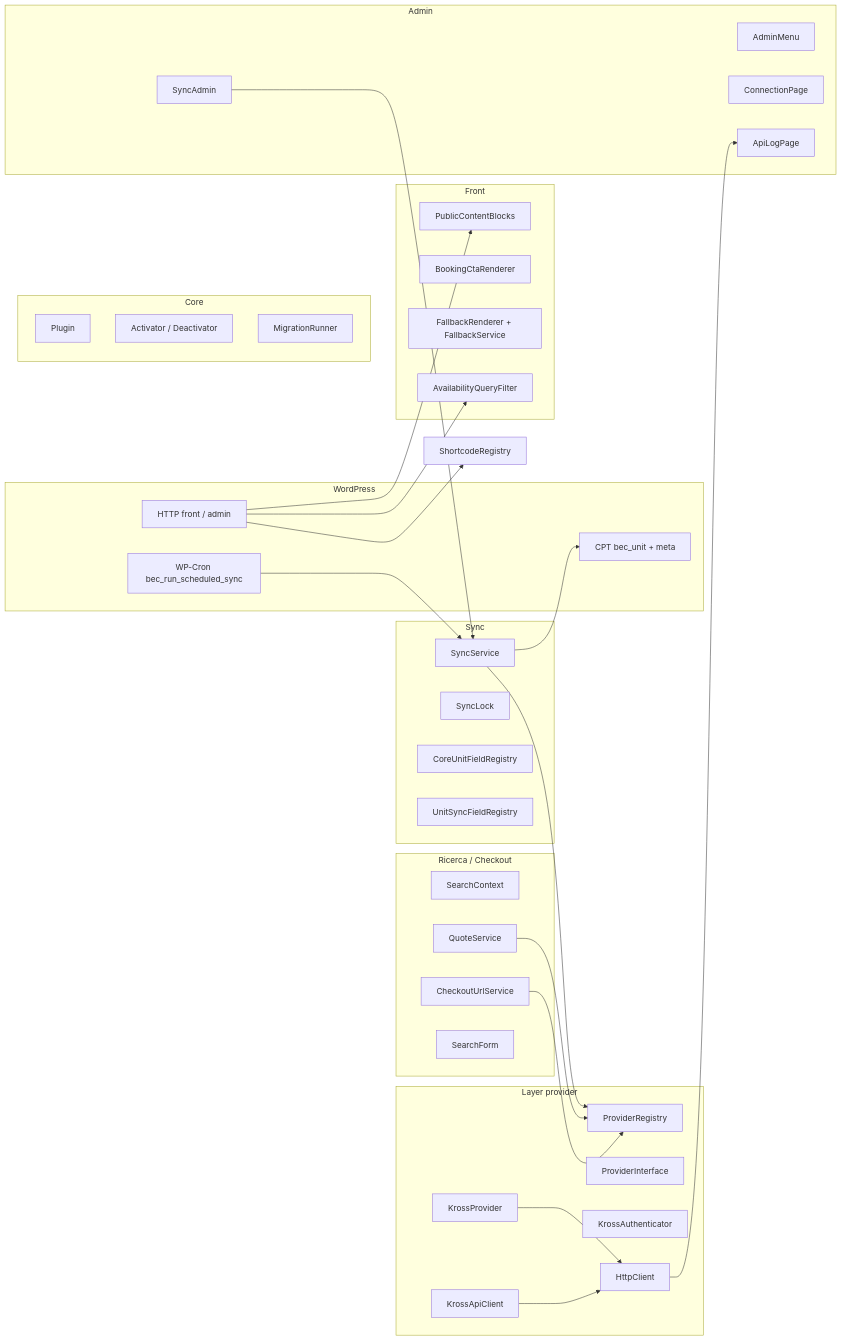
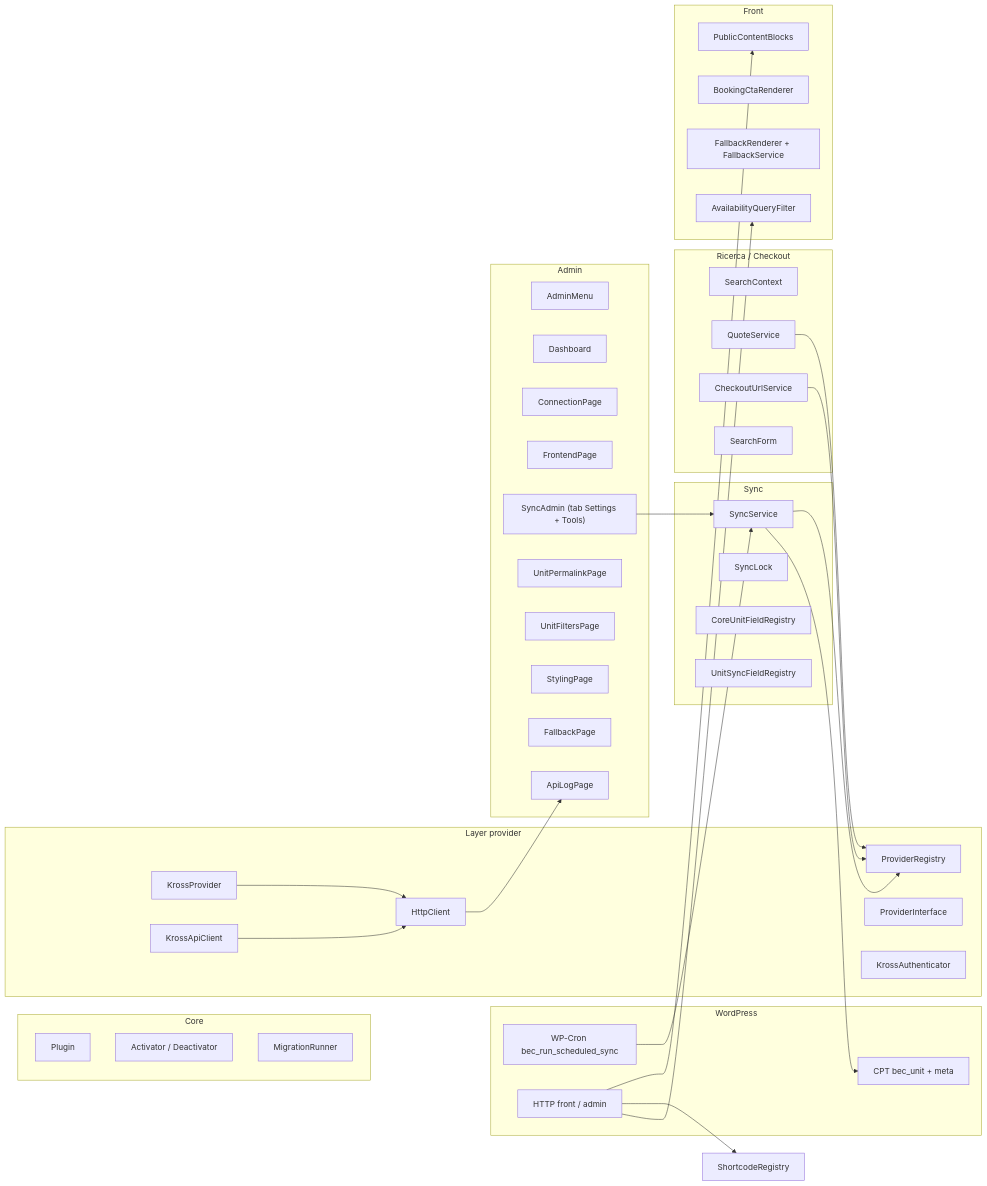
The second of 6 diagrams in i18n/it/docusaurus-plugin-content-docs/current/09-developer-reference/01-architecture.md (robbdeveloper/bec-docs), drawn with Mermaid before and after one commit. The commit also changed other lines of this file and 130 other files, not shown here.

Commit message:
docs: add comprehensive documentation for Booking Engine admin screens, frontend settings, listing filters, and new shortcodes `[bec_unit_filters]` and `[bec_available_units_count]`

````diff
--- a/i18n/it/docusaurus-plugin-content-docs/current/09-developer-reference/01-architecture.md
+++ b/i18n/it/docusaurus-plugin-content-docs/current/09-developer-reference/01-architecture.md
@@ -80,64 +80,70 @@
 ```mermaid
 flowchart LR
   subgraph wp [WordPress]
     CPT["CPT bec_unit + meta"]
     CRON["WP-Cron bec_run_scheduled_sync"]
     REQ["HTTP front / admin"]
   end
 
   subgraph core [Core]
     Plugin["Plugin"]
     Act["Activator / Deactivator"]
     Mig["MigrationRunner"]
   end
 
   subgraph providers [Layer provider]
     PR["ProviderRegistry"]
     PI2["ProviderInterface"]
     Kross["KrossProvider"]
     KAuth["KrossAuthenticator"]
     KApi["KrossApiClient"]
     Http["HttpClient"]
   end
 
   subgraph sync [Sync]
     SS["SyncService"]
     SL["SyncLock"]
     CUF2["CoreUnitFieldRegistry"]
     USF2["UnitSyncFieldRegistry"]
   end
 
   subgraph search [Ricerca / Checkout]
     SCtx["SearchContext"]
     QS["QuoteService"]
     CVS["CheckoutUrlService"]
     SF["SearchForm"]
   end
 
   subgraph front [Front]
     PCH["PublicContentBlocks"]
     BCR["BookingCtaRenderer"]
     FR["FallbackRenderer + FallbackService"]
     AQF["AvailabilityQueryFilter"]
   end
 
   subgraph admin [Admin]
     Menu["AdminMenu"]
+    Dash["Dashboard"]
     Conn["ConnectionPage"]
-    SyncAd["SyncAdmin"]
+    Front["FrontendPage"]
+    SyncAd["SyncAdmin (tab Settings + Tools)"]
+    Units["UnitPermalinkPage"]
+    Filters["UnitFiltersPage"]
+    Design["StylingPage"]
+    FB["FallbackPage"]
     Log["ApiLogPage"]
   end
 
   REQ --> PCH
   REQ --> SHcode["ShortcodeRegistry"]
   REQ --> AQF
   CRON --> SS
   SyncAd --> SS
   SS --> PR
   SS --> CPT
   Kross --> Http
   KApi --> Http
   QS --> PR
   CVS --> PR
   Http --> Log
 ```
````
